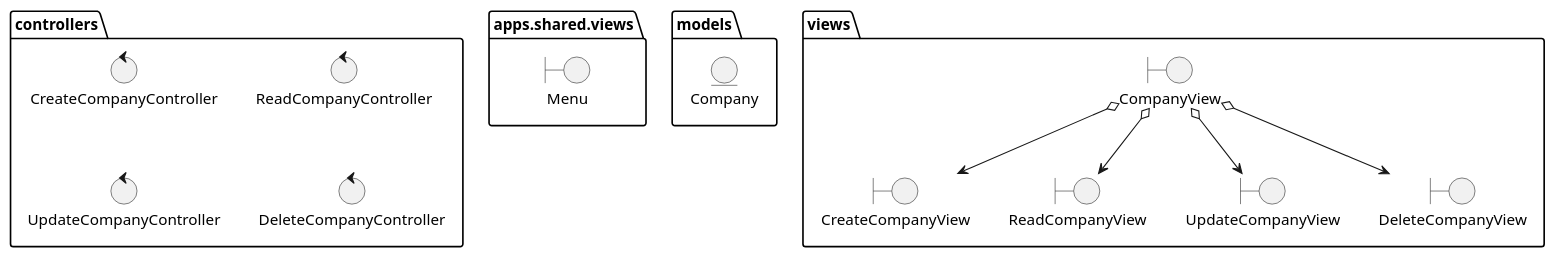
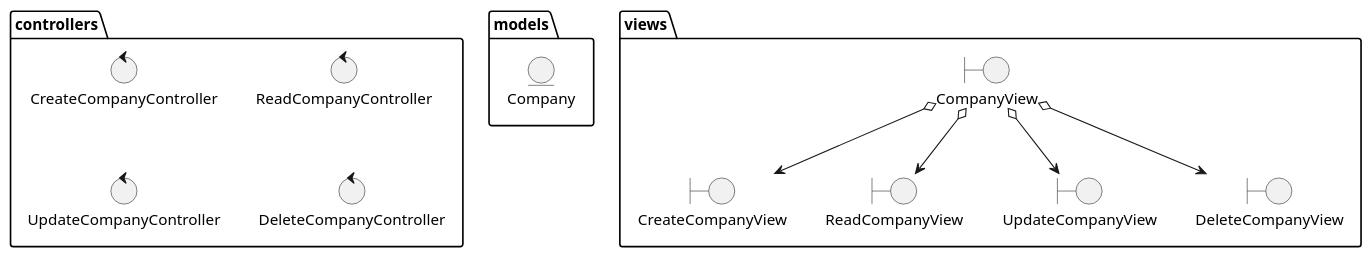
Before and after one commit to jumpering/pestmonitors: the diagram in docs/src/logicView/analysis/architecture/packages.puml, drawn with PlantUML. The commit also changed 1 other file, not shown here.

Commit message:
documentation and restructured folders 4+1views

```diff
--- a/docs/src/logicView/analysis/architecture/packages.puml
+++ b/docs/src/logicView/analysis/architecture/packages.puml
@@ -1,29 +1,26 @@
 @startuml Packages
-  package apps.shared.views {
-    boundary Menu
-  }
 
  package models{
       entity Company
     }
 
   package controllers{
     control CreateCompanyController
     control ReadCompanyController
     control UpdateCompanyController
     control DeleteCompanyController
   }
 
   package views{
     boundary CompanyView
     boundary CreateCompanyView
     boundary ReadCompanyView
     boundary UpdateCompanyView
     boundary DeleteCompanyView
     CompanyView o-->CreateCompanyView
     CompanyView o-->ReadCompanyView
     CompanyView o-->UpdateCompanyView
     CompanyView o-->DeleteCompanyView
   }
 
 @enduml
```
